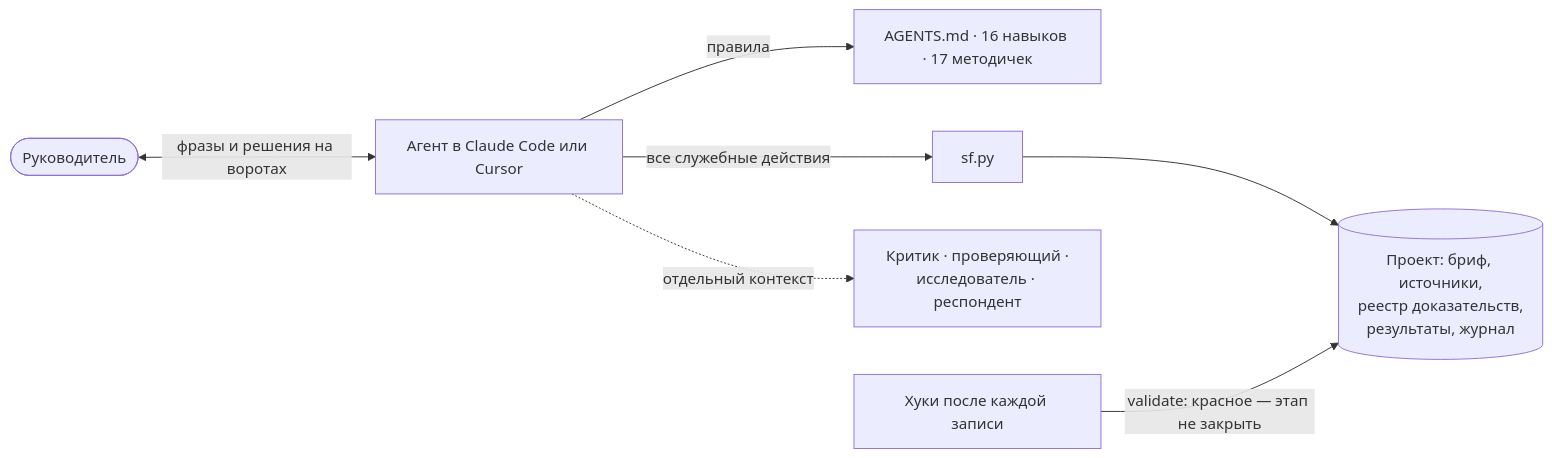
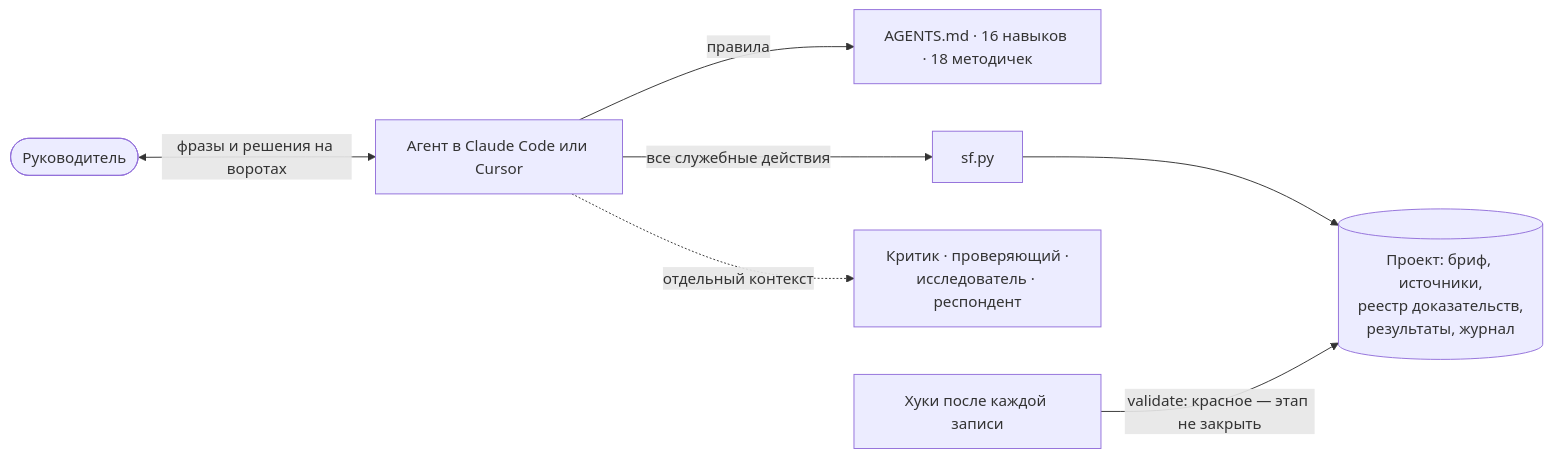
Before and after one commit to marrxse/product-factory-strategist: the diagram in README.md, drawn with Mermaid. The commit also changed other lines of this file and 13 other files, not shown here.

````diff
--- a/README.md
+++ b/README.md
@@ -99,9 +99,9 @@
 ```mermaid
 flowchart LR
     H([Руководитель]) <-->|фразы и решения на воротах| A[Агент в Claude Code или Cursor]
-    A -->|правила| R[AGENTS.md · 16 навыков · 17 методичек]
+    A -->|правила| R[AGENTS.md · 16 навыков · 18 методичек]
     A -->|все служебные действия| S[sf.py]
     S --> P[(Проект: бриф, источники,<br/>реестр доказательств,<br/>результаты, журнал)]
     A -.->|отдельный контекст| C[Критик · проверяющий ·<br/>исследователь · респондент]
     K[Хуки после каждой записи] -->|validate: красное — этап не закрыть| P
 ```
````
